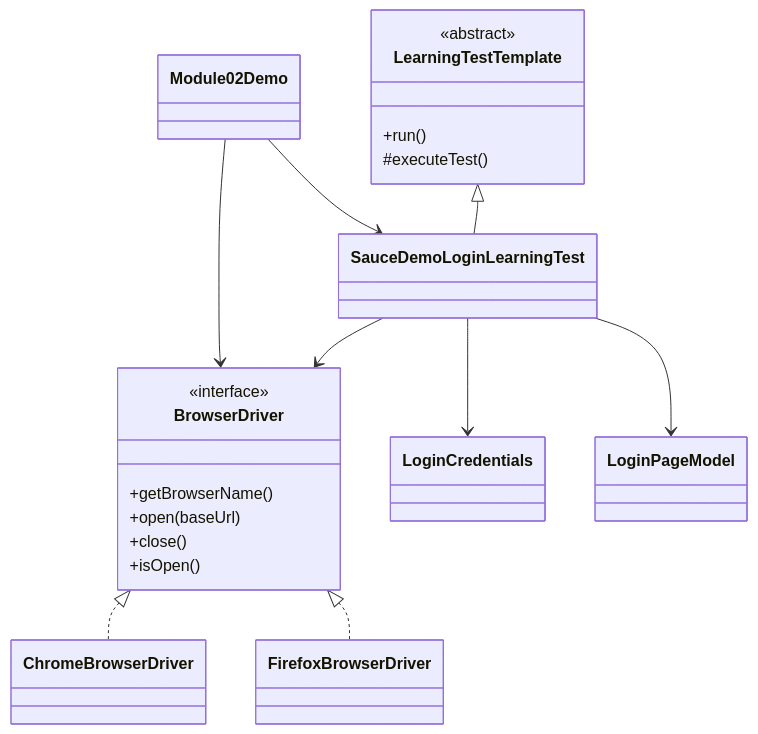
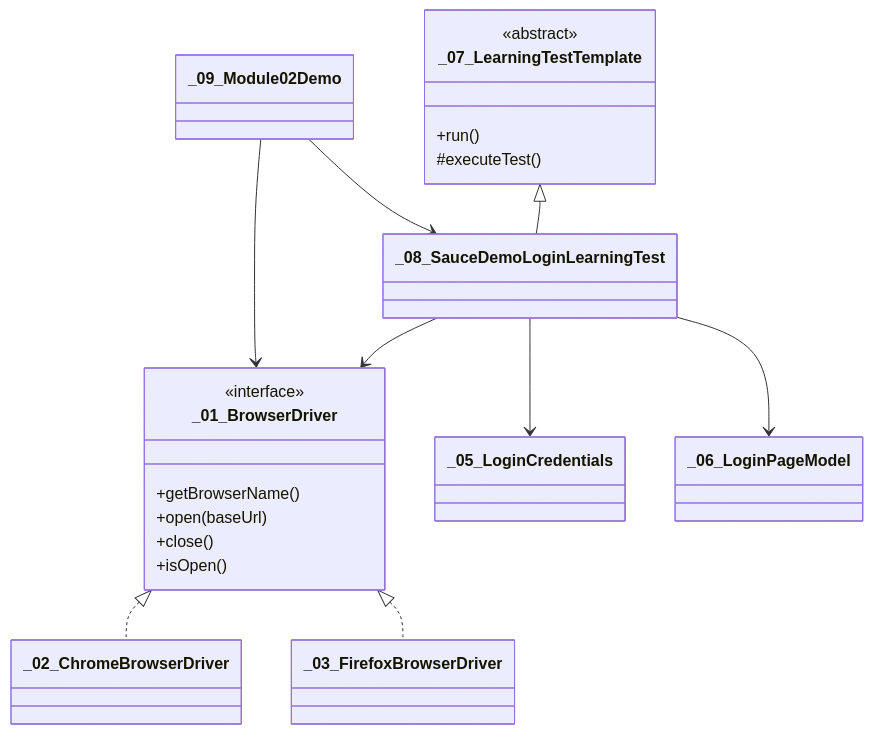
One commit to lemegetonV/selenium-java-sdet-learning-framework changed the second of 2 diagrams in docs/module-02-oops-for-selenium/00-module-overview.md. Above: the diagram before and after it, drawn with Mermaid. The commit also changed other lines of this file and 14 other files, not shown here.

Commit message:
module-02: add learning order prefixes

````diff
--- a/docs/module-02-oops-for-selenium/00-module-overview.md
+++ b/docs/module-02-oops-for-selenium/00-module-overview.md
@@ -87,30 +87,30 @@
 ```mermaid
 classDiagram
-    class BrowserDriver {
+    class _01_BrowserDriver {
         <<interface>>
         +getBrowserName()
         +open(baseUrl)
         +close()
         +isOpen()
     }
-    class ChromeBrowserDriver
-    class FirefoxBrowserDriver
-    class LoginCredentials
-    class LoginPageModel
-    class LearningTestTemplate {
+    class _02_ChromeBrowserDriver
+    class _03_FirefoxBrowserDriver
+    class _05_LoginCredentials
+    class _06_LoginPageModel
+    class _07_LearningTestTemplate {
         <<abstract>>
         +run()
         #executeTest()
     }
-    class SauceDemoLoginLearningTest
-    class Module02Demo
+    class _08_SauceDemoLoginLearningTest
+    class _09_Module02Demo
 
-    BrowserDriver <|.. ChromeBrowserDriver
-    BrowserDriver <|.. FirefoxBrowserDriver
-    LearningTestTemplate <|-- SauceDemoLoginLearningTest
-    SauceDemoLoginLearningTest --> BrowserDriver
-    SauceDemoLoginLearningTest --> LoginCredentials
-    SauceDemoLoginLearningTest --> LoginPageModel
-    Module02Demo --> BrowserDriver
-    Module02Demo --> SauceDemoLoginLearningTest
+    _01_BrowserDriver <|.. _02_ChromeBrowserDriver
+    _01_BrowserDriver <|.. _03_FirefoxBrowserDriver
+    _07_LearningTestTemplate <|-- _08_SauceDemoLoginLearningTest
+    _08_SauceDemoLoginLearningTest --> _01_BrowserDriver
+    _08_SauceDemoLoginLearningTest --> _05_LoginCredentials
+    _08_SauceDemoLoginLearningTest --> _06_LoginPageModel
+    _09_Module02Demo --> _01_BrowserDriver
+    _09_Module02Demo --> _08_SauceDemoLoginLearningTest
 ```
````
